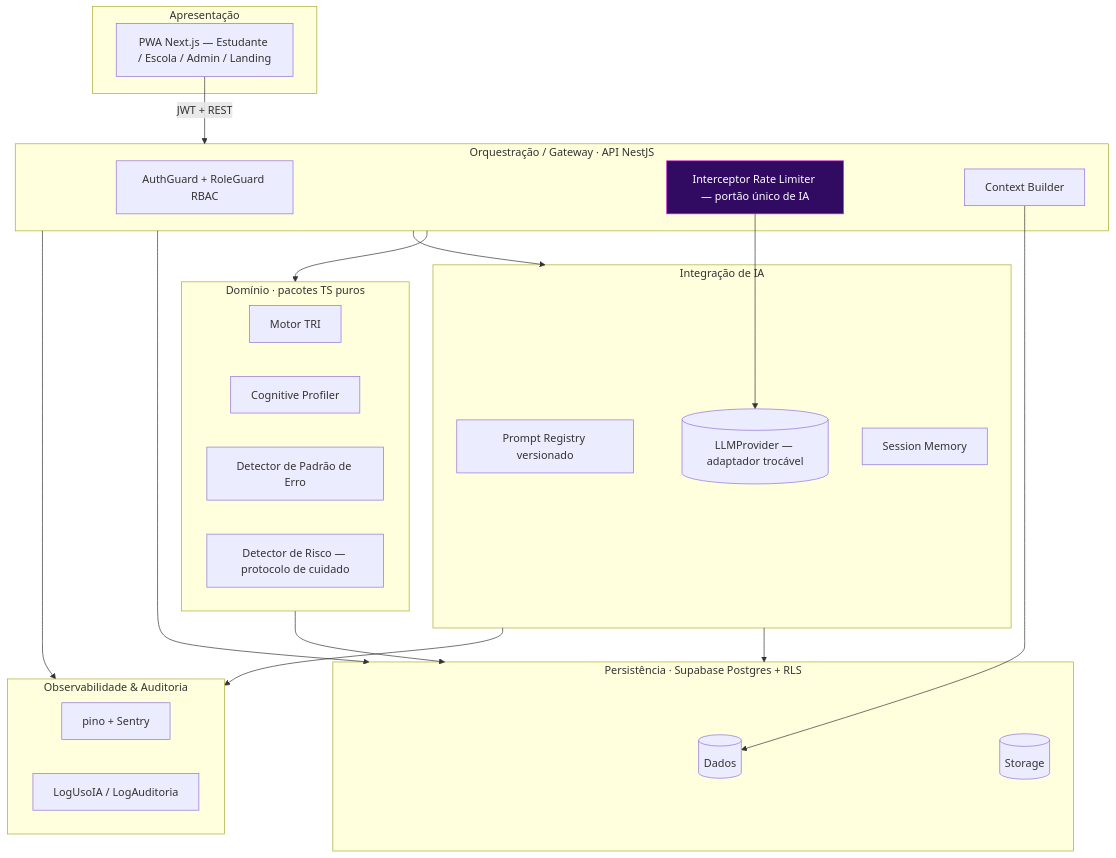
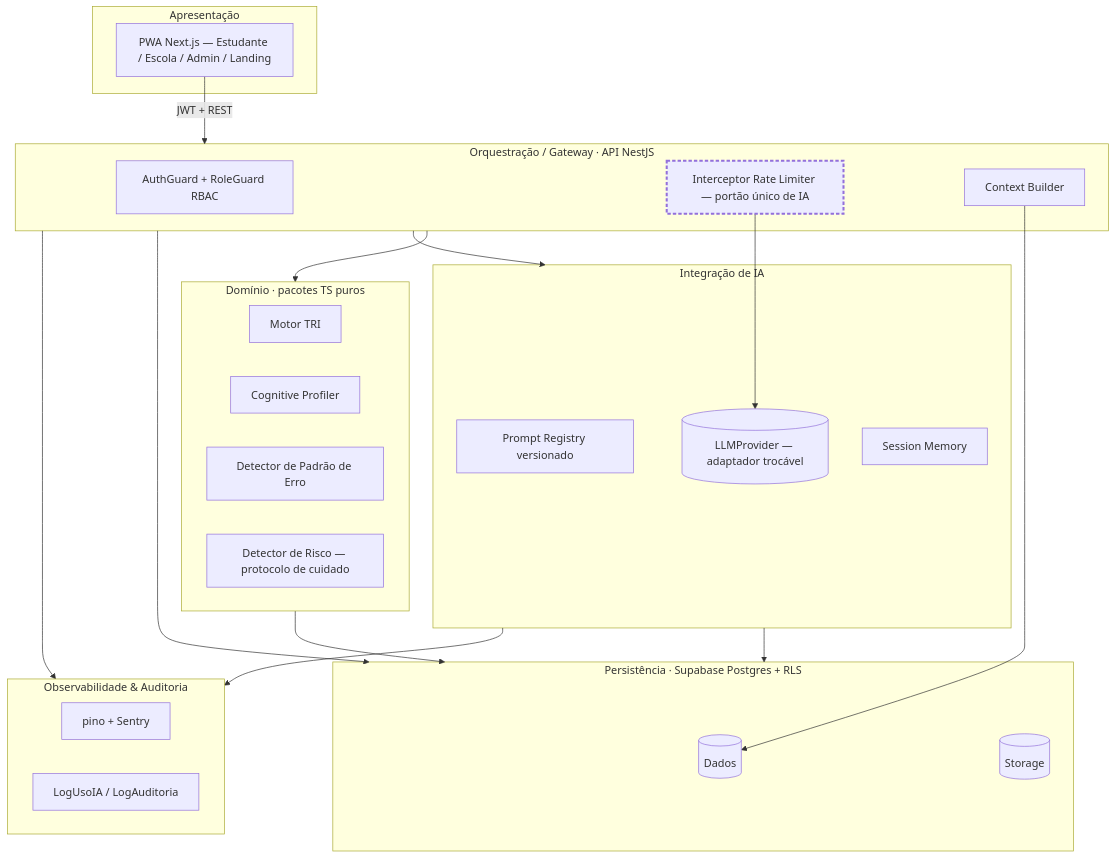
The first of 4 diagrams in docs/03-arquitetura.md (startupnotaa-web/notaA), drawn with Mermaid before and after one commit. The commit also changed 14 other files, not shown here.

````diff
--- a/docs/03-arquitetura.md
+++ b/docs/03-arquitetura.md
@@ -9,43 +9,43 @@
 ```mermaid
 flowchart TD
     subgraph P[Apresentação]
       W[PWA Next.js — Estudante / Escola / Admin / Landing]
     end
     subgraph O[Orquestração / Gateway · API NestJS]
       G[AuthGuard + RoleGuard RBAC]
       I[Interceptor Rate Limiter — portão único de IA]
       CB[Context Builder]
     end
     subgraph D[Domínio · pacotes TS puros]
       TRI[Motor TRI]
       PROF[Cognitive Profiler]
       ERR[Detector de Padrão de Erro]
       RISK[Detector de Risco — protocolo de cuidado]
     end
     subgraph IA[Integração de IA]
       PR[Prompt Registry versionado]
       LLM[(LLMProvider — adaptador trocável)]
       SM[Session Memory]
     end
     subgraph PE[Persistência · Supabase Postgres + RLS]
       DB[(Dados)]
       ST[(Storage)]
     end
     subgraph OB[Observabilidade & Auditoria]
       LOG[pino + Sentry]
       AUD[LogUsoIA / LogAuditoria]
     end
 
     W -->|JWT + REST| O
     O --> D
     O --> IA
     O --> PE
     IA --> PE
     D --> PE
     O --> OB
     IA --> OB
     I --> LLM
     CB --> DB
-    classDef gate fill:#310A62,stroke:#D022E3,color:#fff;
+    classDef gate stroke-width:3px,stroke-dasharray:5 3;
     class I gate;
 ```
````
